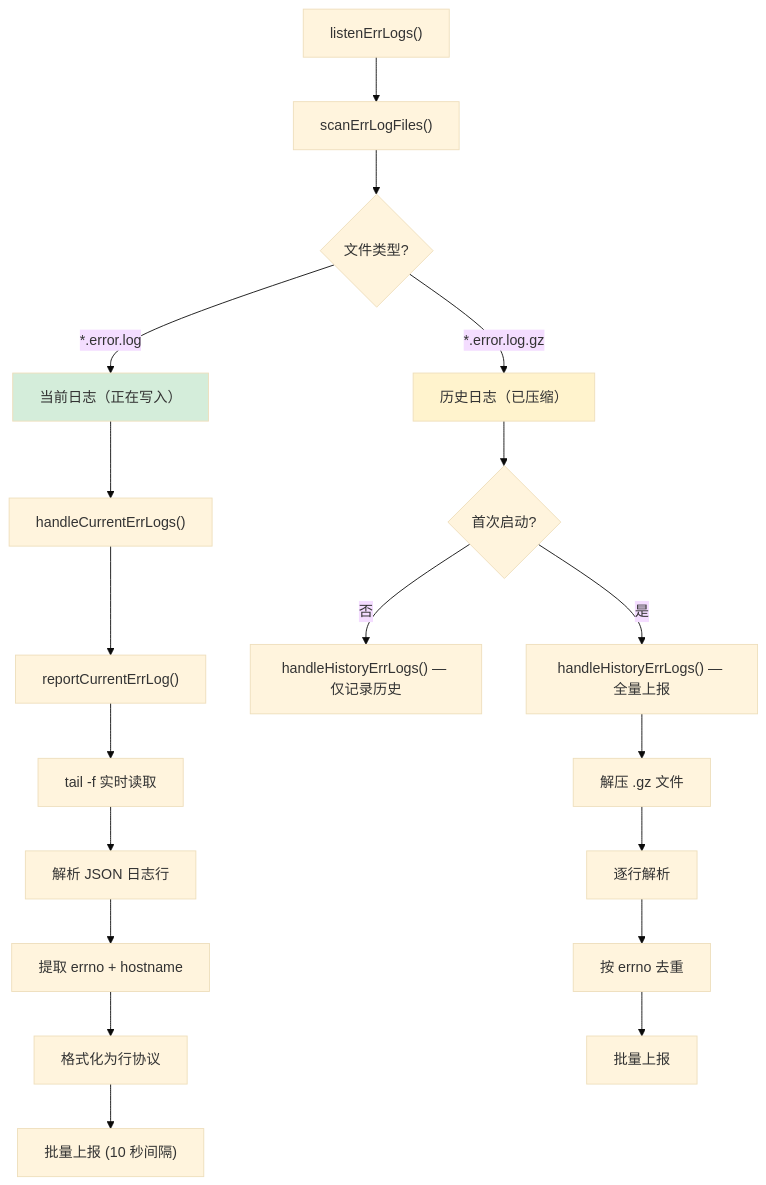
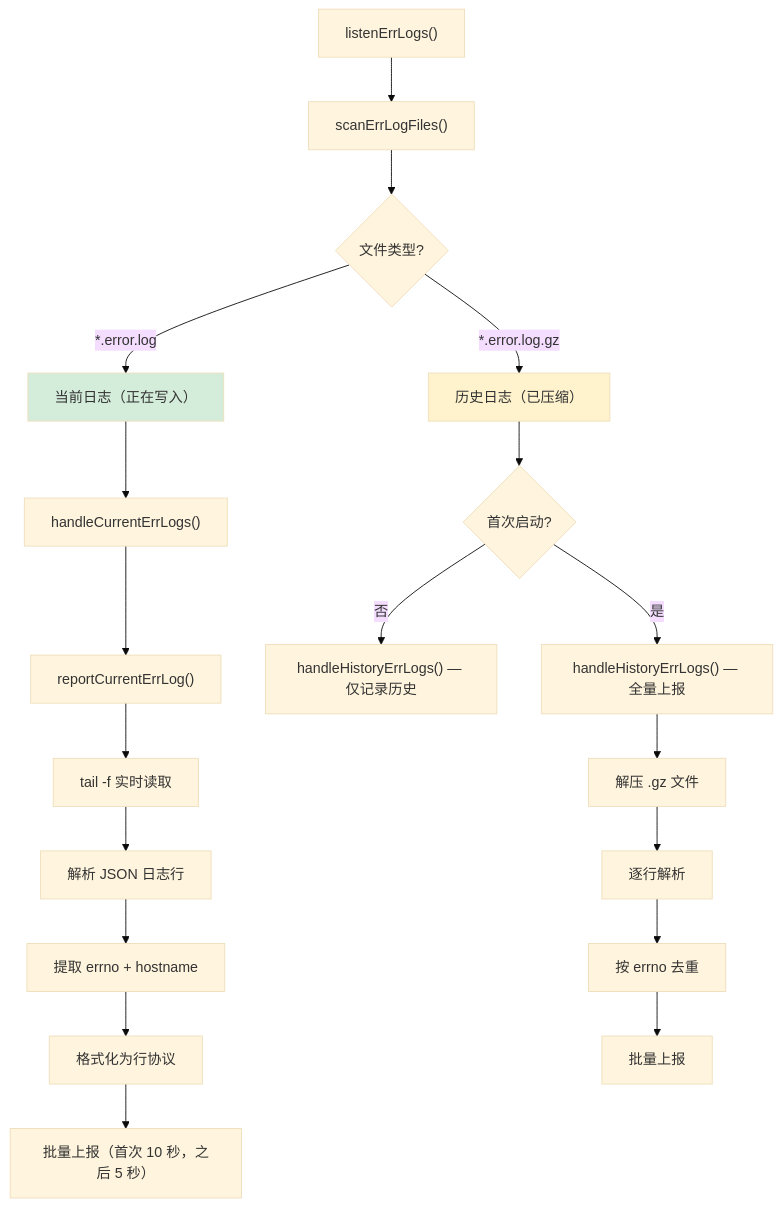
The fourth of 7 diagrams in docs/specs/34_monitoring_spec.md (stefanv5/openGemini), drawn with Mermaid (base theme) before and after one commit. The commit also changed other lines of this file and 37 other files, not shown here.

````diff
--- a/docs/specs/34_monitoring_spec.md
+++ b/docs/specs/34_monitoring_spec.md
@@ -321,28 +333,28 @@
 ```mermaid
 flowchart TB
     A["listenErrLogs()"] --> B["scanErrLogFiles()"]
     B --> C{"文件类型?"}
 
     C -->|"*.error.log.gz"| D["历史日志（已压缩）"]
     C -->|"*.error.log"| E["当前日志（正在写入）"]
 
     D --> F{首次启动?}
     F -->|是| G["handleHistoryErrLogs() — 全量上报"]
     F -->|否| H["handleHistoryErrLogs() — 仅记录历史"]
 
     E --> I["handleCurrentErrLogs()"]
     I --> J["reportCurrentErrLog()"]
     J --> K["tail -f 实时读取"]
     K --> L["解析 JSON 日志行"]
     L --> M["提取 errno + hostname"]
     M --> N["格式化为行协议"]
-    N --> O["批量上报 (10 秒间隔)"]
+    N --> O["批量上报（首次 10 秒，之后 5 秒）"]
 
     G --> P["解压 .gz 文件"]
     P --> Q["逐行解析"]
     Q --> R["按 errno 去重"]
     R --> S["批量上报"]
 
     style D fill:#fff3cd
     style E fill:#d4edda
 ```
````
